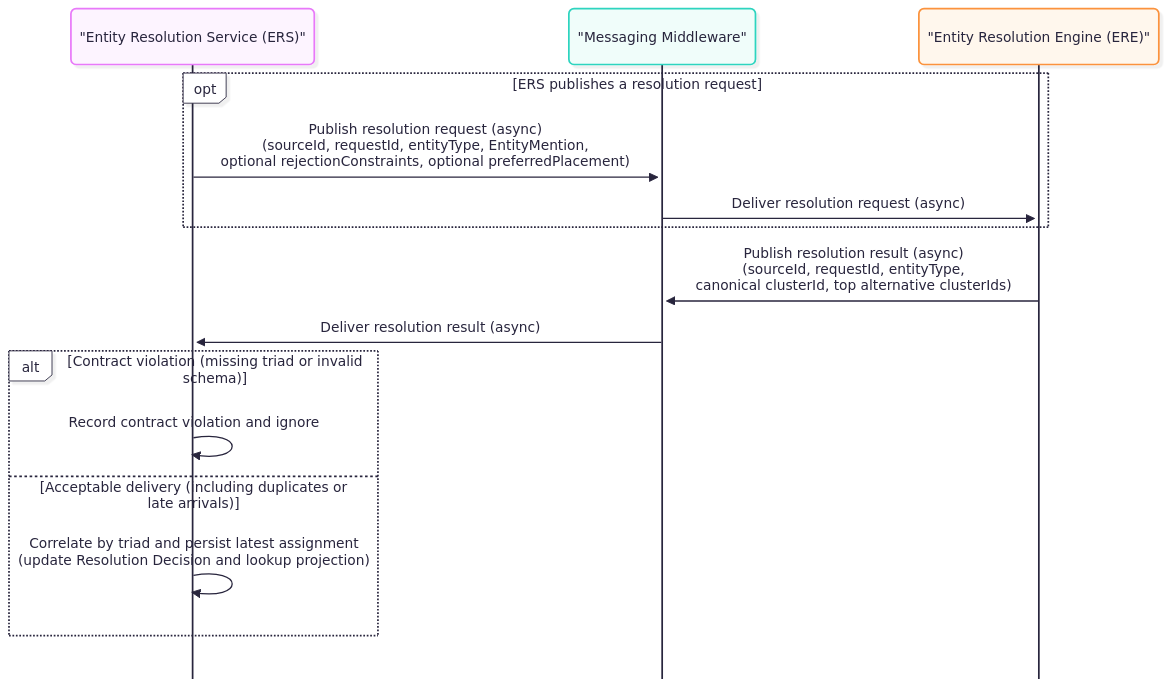
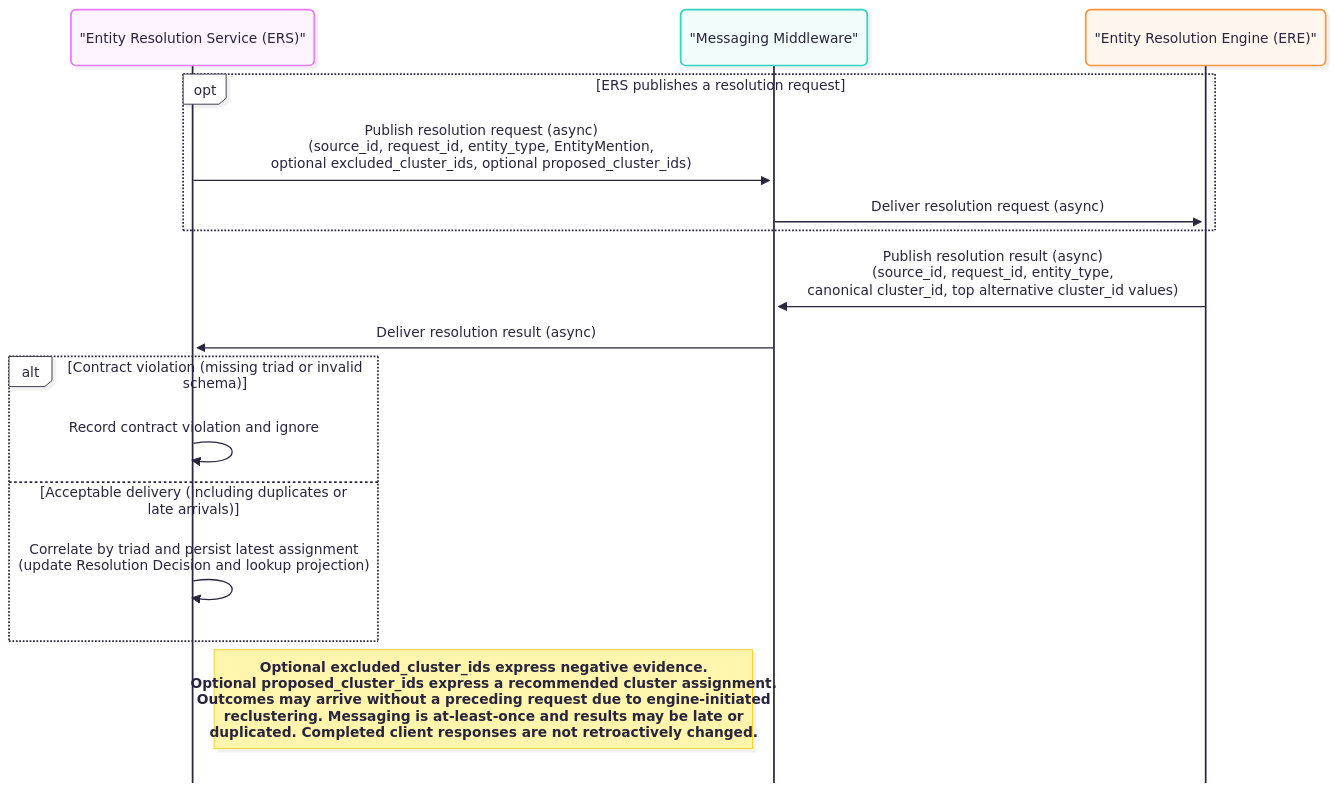
One commit to OP-TED/entity-resolution-docs changed the diagram in docs/modules/ROOT/pages/ERSArchitecture/spine-b.adoc. Above: the diagram before and after it, drawn with Mermaid. The commit also changed other lines of this file and 15 other files, not shown here.

Commit message:
docs: revise architecture section

```diff
--- a/docs/modules/ROOT/pages/ERSArchitecture/spine-b.adoc
+++ b/docs/modules/ROOT/pages/ERSArchitecture/spine-b.adoc
@@ -7,46 +7,46 @@
-[mermaid]
+[mermaid, align=center]
 ----
 ---
 config:
   look: neo
   theme: redux-color
   mirrorActors: false
   sequence:
     bottomMarginAdj: 0.1
 ---
 sequenceDiagram
 %% Maps to EA diagram: UML Sequence (Spine B)
 %% Purpose: async resolution outcome integration and UC12 processing
 %% Covers: solicited outcomes (Spine A, Spine D) and unsolicited outcomes (engine initiated reclustering)
 %% Focus: triad correlation, optional constraints, at least once delivery tolerance
 %% Excludes: client REST flows, detailed store choreography, scoring internals, curation UI
 
 %%box "Entity Resolution System (ERSys)"
     participant ERS as "Entity Resolution Service (ERS)"
 %%end
 
 participant MessagingMiddleware as "Messaging Middleware"
 
 %%box "Entity Resolution Engine (ERE)"
     participant ERE as "Entity Resolution Engine (ERE)"
 %%end
 
 opt ERS publishes a resolution request
-    ERS ->> MessagingMiddleware: Publish resolution request (async)<br/>(sourceId, requestId, entityType, EntityMention,<br/>optional rejectionConstraints, optional preferredPlacement)
+    ERS ->> MessagingMiddleware: Publish resolution request (async)<br/>(source_id, request_id, entity_type, EntityMention,<br/>optional excluded_cluster_ids, optional proposed_cluster_ids)
     MessagingMiddleware ->> ERE: Deliver resolution request (async)
 end
 
 %% Resolution outcome
-ERE ->> MessagingMiddleware: Publish resolution result (async)<br/>(sourceId, requestId, entityType,<br/>canonical clusterId, top alternative clusterIds)
+ERE ->> MessagingMiddleware: Publish resolution result (async)<br/>(source_id, request_id, entity_type,<br/>canonical cluster_id, top alternative cluster_id values)
 MessagingMiddleware ->> ERS: Deliver resolution result (async)
 
-%% UC12 processing
+%% UC-B1.2 processing
 alt Contract violation (missing triad or invalid schema)
     ERS ->> ERS: Record contract violation and ignore
 else Acceptable delivery (including duplicates or late arrivals)
     ERS ->> ERS: Correlate by triad and persist latest assignment<br/>(update Resolution Decision and lookup projection)
 end
 
-%% note right of ERS: Optional rejectionConstraints express negative evidence<br/>Optional preferredPlacement expresses recommended cluster assignment<br/>Outcomes may arrive without a preceding request due to engine initiated reclustering<br/>Messaging is at least once and results may be late or duplicated<br/>Completed client responses are not retroactively changed
+Note right of ERS: Optional excluded_cluster_ids express negative evidence.<br/>Optional proposed_cluster_ids express a recommended cluster assignment.<br/>Outcomes may arrive without a preceding request due to engine-initiated<br/>reclustering. Messaging is at-least-once and results may be late or<br/>duplicated. Completed client responses are not retroactively changed.
 
 ----
```
